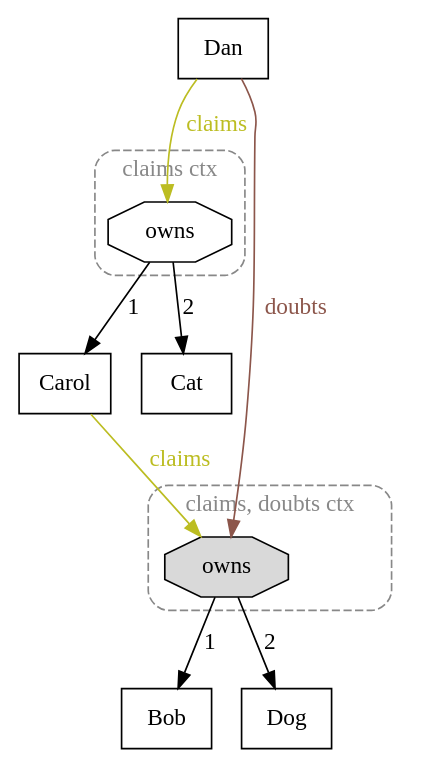
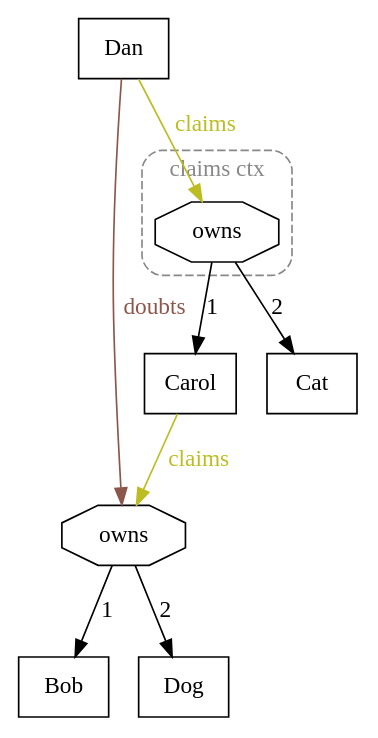
One commit to agutikov/ein changed the diagram in docs/ein/user/04-reference/diagrams/12-context-program.dot. Above: the diagram before and after it, drawn with Graphviz. The commit also changed 66 other files, not shown here.

```diff
--- a/docs/ein/user/04-reference/diagrams/12-context-program.dot
+++ b/docs/ein/user/04-reference/diagrams/12-context-program.dot
@@ -1,24 +1,21 @@
 digraph ontology {
   ranksep=0.55;
   newrank=true;
   "Carol" [shape=rectangle];
   "Dan" [shape=rectangle];
+  "(owns Bob Dog)" [shape=octagon, label="owns"];
   "Bob" [shape=rectangle];
   "Dog" [shape=rectangle];
   "Cat" [shape=rectangle];
   subgraph cluster_ctx_0 {
     label="claims ctx"; style="dashed,rounded"; color="#888888"; fontcolor="#888888";
     "(owns Carol Cat)" [shape=octagon, label="owns"];
-  }
-  subgraph cluster_ctx_1 {
-    label="claims, doubts ctx"; style="dashed,rounded"; color="#888888"; fontcolor="#888888";
-    "(owns Bob Dog)" [shape=octagon, label="owns", style=filled, fillcolor="#d9d9d9"];
   }
   "Carol" -> "(owns Bob Dog)" [label="claims", color="#bcbd22", fontcolor="#bcbd22", style=solid];
   "Dan" -> "(owns Bob Dog)" [label="doubts", color="#8c564b", fontcolor="#8c564b", style=solid];
   "Dan" -> "(owns Carol Cat)" [label="claims", color="#bcbd22", fontcolor="#bcbd22", style=solid];
   "(owns Bob Dog)" -> "Bob" [label="1"];
   "(owns Bob Dog)" -> "Dog" [label="2"];
   "(owns Carol Cat)" -> "Carol" [label="1"];
   "(owns Carol Cat)" -> "Cat" [label="2"];
 }
```
